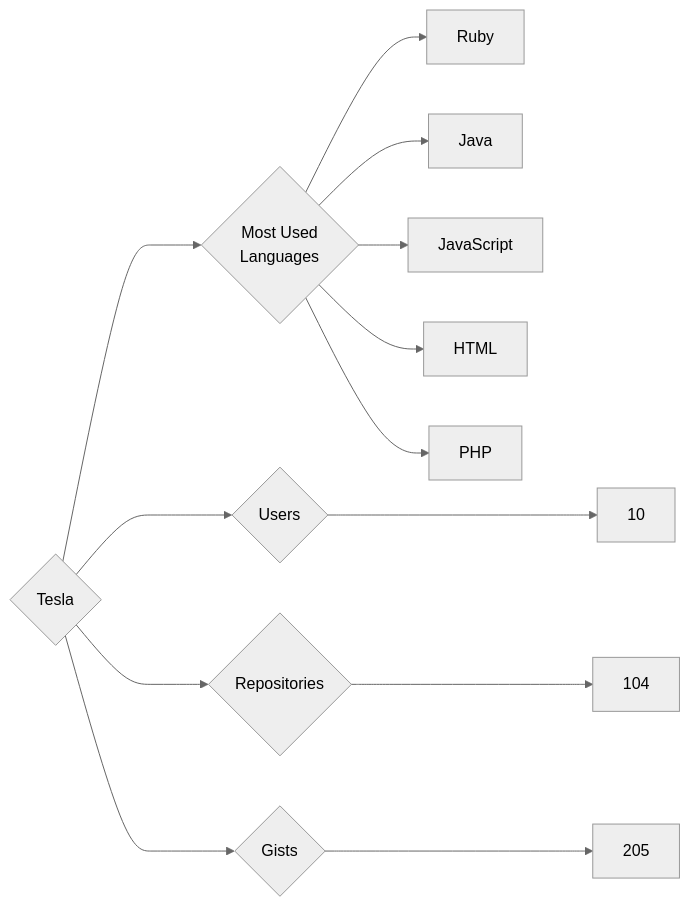
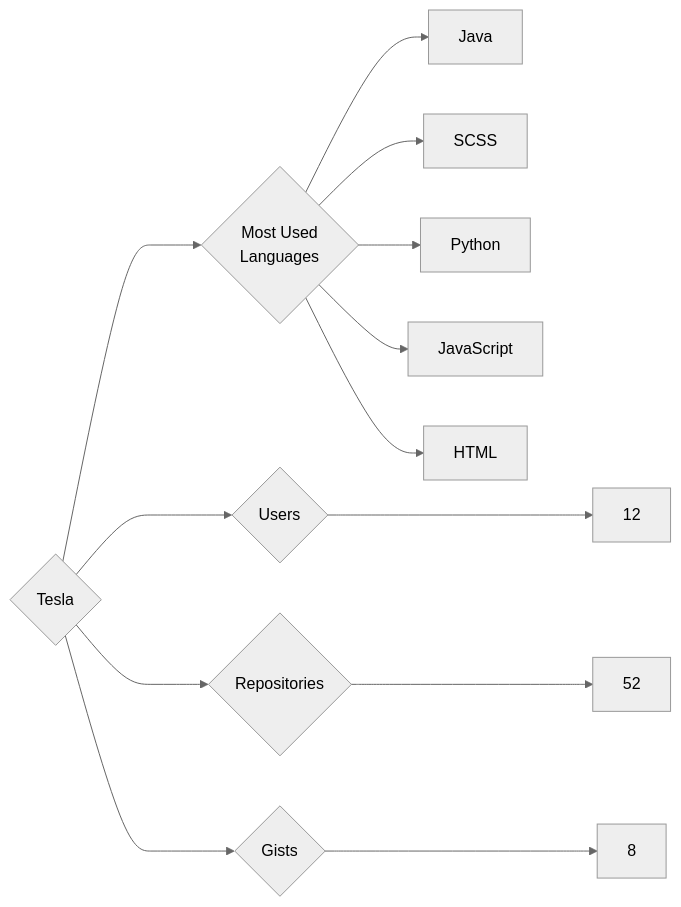
One commit to trickest/insiders changed the diagram in targets/Tesla/README.md. Above: the diagram before and after it, drawn with Mermaid (neutral theme). The commit also changed 1496 other files, not shown here.

````diff
--- a/targets/Tesla/README.md
+++ b/targets/Tesla/README.md
@@ -3,13 +3,13 @@
 ```mermaid
 graph LR
 COMPANY_NAME{Tesla}
-COMPANY_NAME ---> U{Users} ---> UN[10]
-COMPANY_NAME ---> R{Repositories} ---> RN[104]
-COMPANY_NAME ---> G{Gists} ---> GN[205]
+COMPANY_NAME ---> U{Users} ---> UN[12]
+COMPANY_NAME ---> R{Repositories} ---> RN[52]
+COMPANY_NAME ---> G{Gists} ---> GN[8]
 COMPANY_NAME ---> ML{Most Used<br>Languages}
-ML --> Ruby[Ruby]
 ML --> Java[Java]
+ML --> SCSS[SCSS]
+ML --> Python[Python]
 ML --> JavaScript[JavaScript]
 ML --> HTML[HTML]
-ML --> PHP[PHP]
 ```
````
